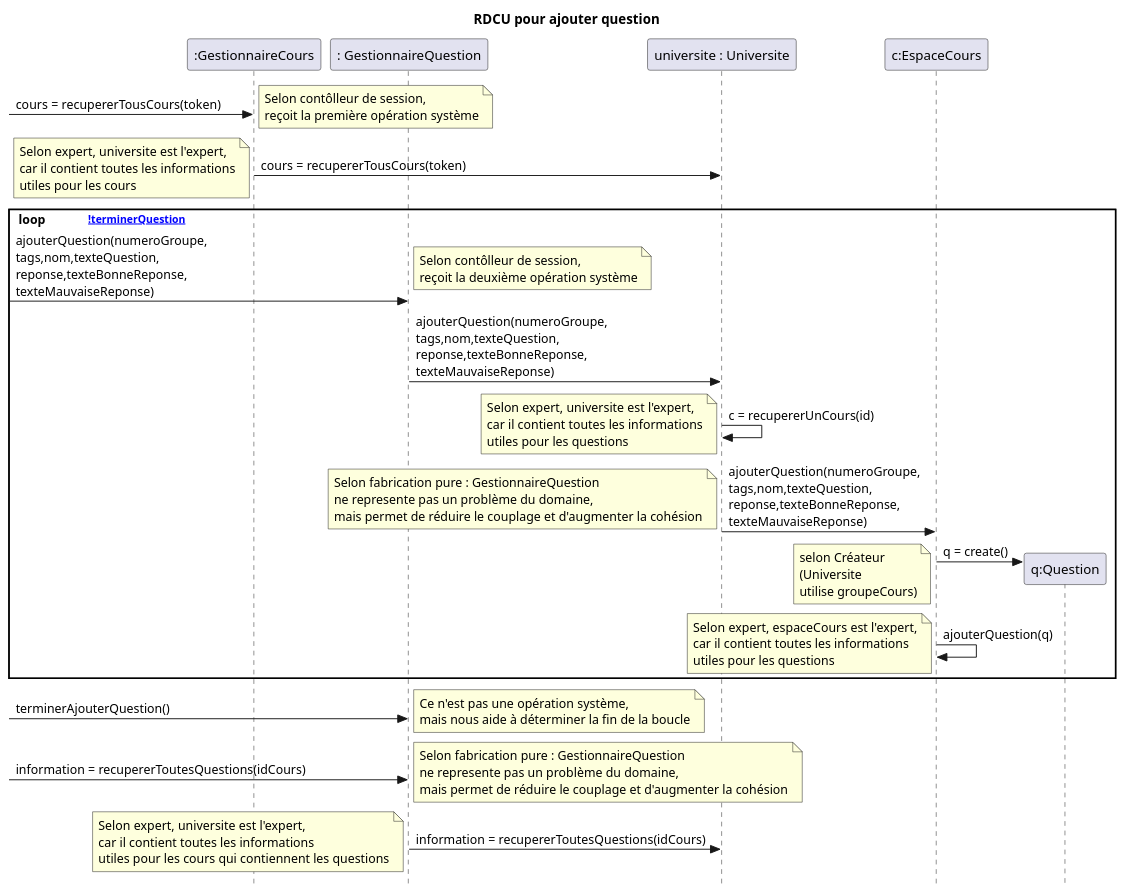
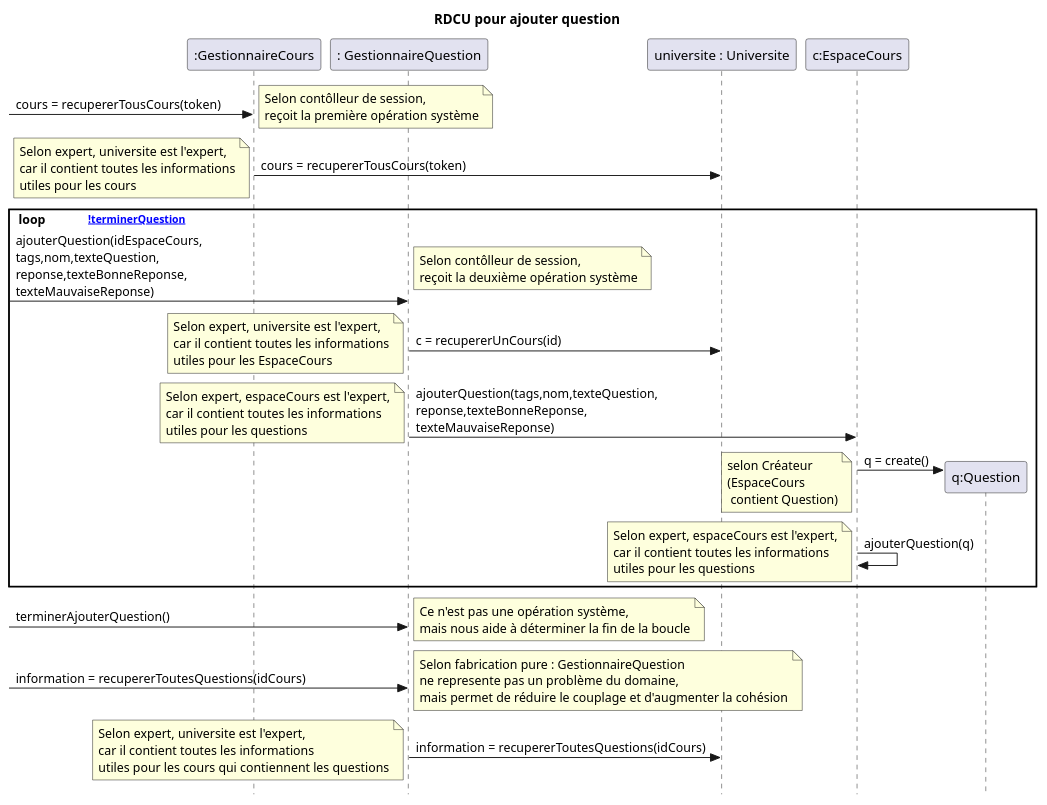
One commit to nerdz88/SGA-TS changed the first of 4 diagrams in docs/Ajouter question/RDCU_Ajouter_Question.puml. Above: the diagram before and after it, drawn with PlantUML. The commit also changed 5 other files, not shown here.

```diff
--- a/docs/Ajouter question/RDCU_Ajouter_Question.puml
+++ b/docs/Ajouter question/RDCU_Ajouter_Question.puml
@@ -1,35 +1,35 @@
 @startuml ajouterQuestionOld
 skinparam style strictuml
 skinparam defaultfontname Verdana
 title RDCU pour ajouter question
 participant ":GestionnaireCours" as gestionnaireCours
 participant ": GestionnaireQuestion" as gestionnaireQuestion
 participant "universite : Universite" as universite
 participant "c:EspaceCours" as cours
 participant "q:Question" as question
 
 ->gestionnaireCours : cours = recupererTousCours(token)
 note left : Selon contôlleur de session,\nreçoit la première opération système
 gestionnaireCours->universite: cours = recupererTousCours(token)
 note left : Selon expert, universite est l'expert,\ncar il contient toutes les informations\nutiles pour les cours
 loop [!terminerQuestion]
-->gestionnaireQuestion : ajouterQuestion(numeroGroupe,\ntags,nom,texteQuestion,\nreponse,texteBonneReponse,\ntexteMauvaiseReponse)
+->gestionnaireQuestion : ajouterQuestion(idEspaceCours,\ntags,nom,texteQuestion,\nreponse,texteBonneReponse,\ntexteMauvaiseReponse)
  note left : Selon contôlleur de session,\nreçoit la deuxième opération système 
-gestionnaireQuestion->universite : ajouterQuestion(numeroGroupe,\ntags,nom,texteQuestion,\nreponse,texteBonneReponse,\ntexteMauvaiseReponse)
-universite -> universite: c = recupererUnCours(id)
-  note left : Selon expert, universite est l'expert,\ncar il contient toutes les informations\nutiles pour les questions
-universite-> cours : ajouterQuestion(numeroGroupe,\ntags,nom,texteQuestion,\nreponse,texteBonneReponse,\ntexteMauvaiseReponse)
-  note left : Selon fabrication pure : GestionnaireQuestion\nne represente pas un problème du domaine,\nmais permet de réduire le couplage et d'augmenter la cohésion
-  create question
+' gestionnaireQuestion->universite : ajouterQuestion(idEspaceCours,\ntags,nom,texteQuestion,\nreponse,texteBonneReponse,\ntexteMauvaiseReponse)
+gestionnaireQuestion -> universite: c = recupererUnCours(id)
+  note left : Selon expert, universite est l'expert,\ncar il contient toutes les informations\nutiles pour les EspaceCours
+gestionnaireQuestion-> cours : ajouterQuestion(tags,nom,texteQuestion,\nreponse,texteBonneReponse,\ntexteMauvaiseReponse)
+  note left : Selon expert, espaceCours est l'expert,\ncar il contient toutes les informations\nutiles pour les questions
+create question
   cours->question : q = create()
-  note left : selon Créateur\n(Universite \nutilise groupeCours)
-  cours->cours : ajouterQuestion(q)
+    note left : selon Créateur\n(EspaceCours \n contient Question)
+cours->cours : ajouterQuestion(q)
   note left : Selon expert, espaceCours est l'expert,\ncar il contient toutes les informations\nutiles pour les questions
 end
 -> gestionnaireQuestion : terminerAjouterQuestion()
 note left : Ce n'est pas une opération système, \nmais nous aide à déterminer la fin de la boucle
   -> gestionnaireQuestion : information = recupererToutesQuestions(idCours)
   note left : Selon fabrication pure : GestionnaireQuestion\nne represente pas un problème du domaine,\nmais permet de réduire le couplage et d'augmenter la cohésion
   gestionnaireQuestion ->universite : information = recupererToutesQuestions(idCours)
   note left : Selon expert, universite est l'expert,\ncar il contient toutes les informations\nutiles pour les cours qui contiennent les questions
 @enduml
```
